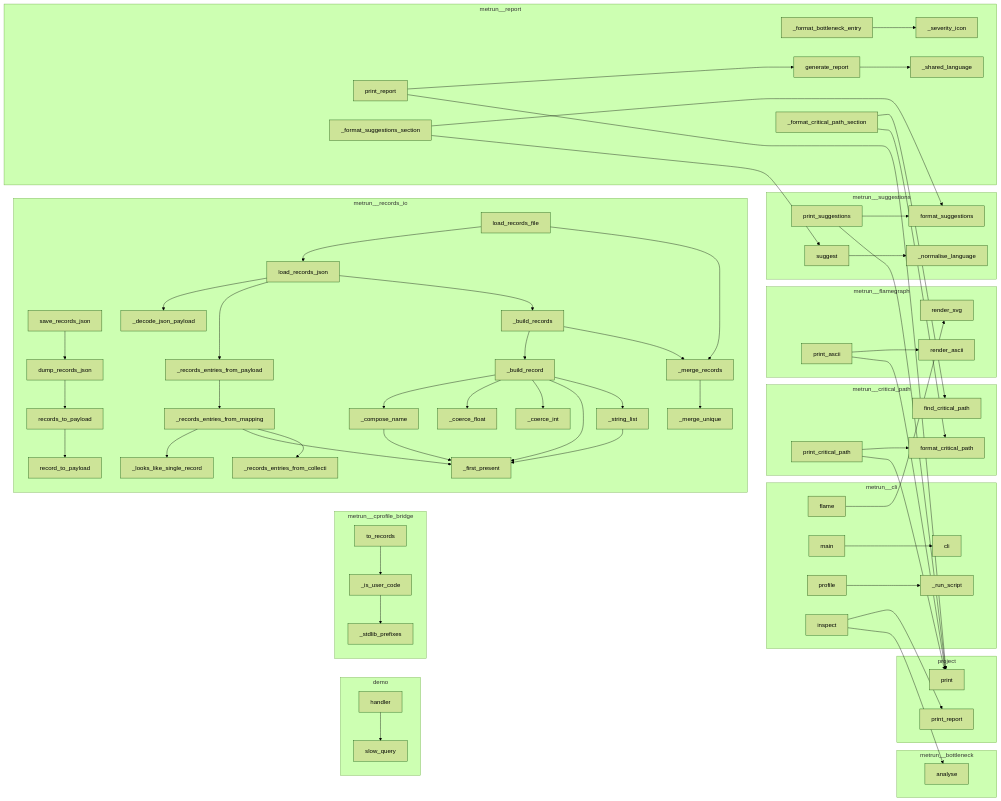
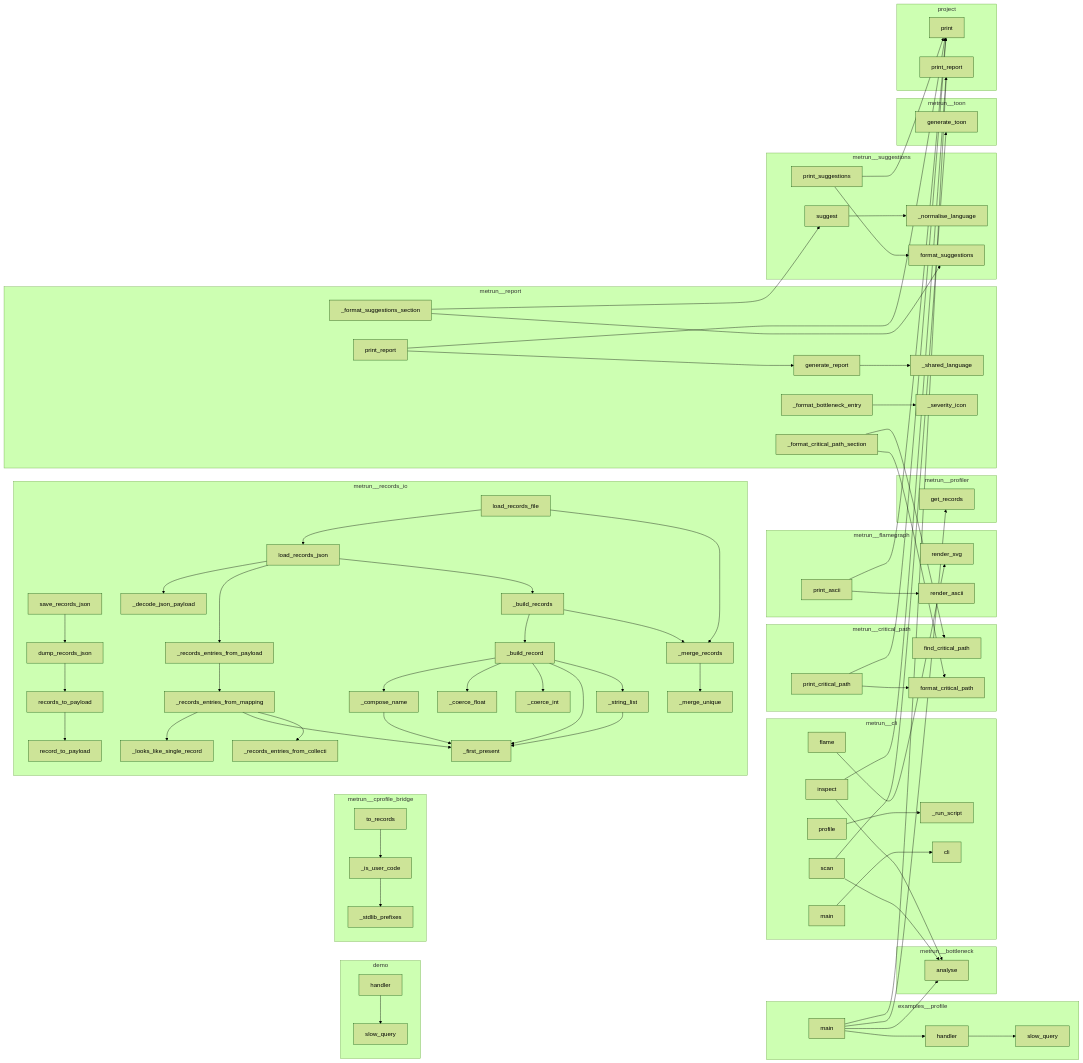
The diagram in project/calls.mmd (semcod/metrun), drawn with Mermaid (forest theme) before and after one commit. The commit also changed 48 other files, not shown here.

```diff
--- a/project/calls.mmd
+++ b/project/calls.mmd
@@ -1,117 +1,136 @@
 flowchart LR
     subgraph demo
+        demo__slow_query["slow_query"]
         demo__handler["handler"]
-        demo__slow_query["slow_query"]
+    end
+    subgraph examples__profile
+        examples__profile__basic_app__main["main"]
+        examples__profile__basic_app__slow_query["slow_query"]
+        examples__profile__basic_app__handler["handler"]
     end
     subgraph metrun__bottleneck
         metrun__bottleneck__BottleneckEngine__analyse["analyse"]
     end
     subgraph metrun__cli
+        metrun__cli__scan["scan"]
+        metrun__cli___run_script["_run_script"]
+        metrun__cli__cli["cli"]
+        metrun__cli__main["main"]
+        metrun__cli__profile["profile"]
         metrun__cli__flame["flame"]
-        metrun__cli__profile["profile"]
         metrun__cli__inspect["inspect"]
-        metrun__cli__cli["cli"]
-        metrun__cli___run_script["_run_script"]
-        metrun__cli__main["main"]
     end
     subgraph metrun__cprofile_bridge
+        metrun__cprofile_bridge__CProfileBridge__to_records["to_records"]
         metrun__cprofile_bridge___is_user_code["_is_user_code"]
         metrun__cprofile_bridge___stdlib_prefixes["_stdlib_prefixes"]
-        metrun__cprofile_bridge__CProfileBridge__to_records["to_records"]
     end
     subgraph metrun__critical_path
+        metrun__critical_path__print_critical_path["print_critical_path"]
         metrun__critical_path__find_critical_path["find_critical_path"]
-        metrun__critical_path__print_critical_path["print_critical_path"]
         metrun__critical_path__format_critical_path["format_critical_path"]
     end
     subgraph metrun__flamegraph
+        metrun__flamegraph__print_ascii["print_ascii"]
         metrun__flamegraph__render_svg["render_svg"]
-        metrun__flamegraph__print_ascii["print_ascii"]
         metrun__flamegraph__render_ascii["render_ascii"]
     end
+    subgraph metrun__profiler
+        metrun__profiler__get_records["get_records"]
+    end
     subgraph metrun__records_io
+        metrun__records_io__save_records_json["save_records_json"]
+        metrun__records_io___coerce_float["_coerce_float"]
+        metrun__records_io__record_to_payload["record_to_payload"]
+        metrun__records_io___merge_unique["_merge_unique"]
+        metrun__records_io___first_present["_first_present"]
+        metrun__records_io___records_entries_from_collection["_records_entries_from_collecti"]
+        metrun__records_io___build_records["_build_records"]
         metrun__records_io__load_records_json["load_records_json"]
-        metrun__records_io__save_records_json["save_records_json"]
-        metrun__records_io___first_present["_first_present"]
         metrun__records_io___records_entries_from_payload["_records_entries_from_payload"]
+        metrun__records_io___decode_json_payload["_decode_json_payload"]
+        metrun__records_io___records_entries_from_mapping["_records_entries_from_mapping"]
         metrun__records_io___build_record["_build_record"]
+        metrun__records_io___compose_name["_compose_name"]
+        metrun__records_io___string_list["_string_list"]
         metrun__records_io__load_records_file["load_records_file"]
-        metrun__records_io___records_entries_from_mapping["_records_entries_from_mapping"]
-        metrun__records_io___build_records["_build_records"]
+        metrun__records_io___looks_like_single_record["_looks_like_single_record"]
         metrun__records_io__records_to_payload["records_to_payload"]
-        metrun__records_io___looks_like_single_record["_looks_like_single_record"]
-        metrun__records_io___merge_unique["_merge_unique"]
-        metrun__records_io___compose_name["_compose_name"]
         metrun__records_io___coerce_int["_coerce_int"]
         metrun__records_io___merge_records["_merge_records"]
-        metrun__records_io___string_list["_string_list"]
-        metrun__records_io__record_to_payload["record_to_payload"]
         metrun__records_io__dump_records_json["dump_records_json"]
-        metrun__records_io___records_entries_from_collection["_records_entries_from_collecti"]
-        metrun__records_io___decode_json_payload["_decode_json_payload"]
-        metrun__records_io___coerce_float["_coerce_float"]
     end
     subgraph metrun__report
+        metrun__report___format_bottleneck_entry["_format_bottleneck_entry"]
         metrun__report___format_critical_path_section["_format_critical_path_section"]
-        metrun__report___severity_icon["_severity_icon"]
-        metrun__report___shared_language["_shared_language"]
-        metrun__report__generate_report["generate_report"]
-        metrun__report___format_bottleneck_entry["_format_bottleneck_entry"]
         metrun__report__print_report["print_report"]
         metrun__report___format_suggestions_section["_format_suggestions_section"]
+        metrun__report___shared_language["_shared_language"]
+        metrun__report___severity_icon["_severity_icon"]
+        metrun__report__generate_report["generate_report"]
     end
     subgraph metrun__suggestions
+        metrun__suggestions___normalise_language["_normalise_language"]
+        metrun__suggestions__format_suggestions["format_suggestions"]
         metrun__suggestions__print_suggestions["print_suggestions"]
-        metrun__suggestions__format_suggestions["format_suggestions"]
-        metrun__suggestions___normalise_language["_normalise_language"]
         metrun__suggestions__suggest["suggest"]
+    end
+    subgraph metrun__toon
+        metrun__toon__generate_toon["generate_toon"]
     end
     subgraph project
         project__print["print"]
         project__print_report["print_report"]
     end
     demo__handler --> demo__slow_query
+    metrun__cli__profile --> metrun__cli___run_script
+    metrun__cli__inspect --> metrun__bottleneck__BottleneckEngine__analyse
+    metrun__cli__inspect --> project__print_report
+    metrun__cli__scan --> metrun__bottleneck__BottleneckEngine__analyse
+    metrun__cli__scan --> metrun__toon__generate_toon
+    metrun__cli__flame --> metrun__flamegraph__render_svg
+    metrun__cli__main --> metrun__cli__cli
     metrun__records_io___string_list --> metrun__records_io___first_present
     metrun__records_io___compose_name --> metrun__records_io___first_present
     metrun__records_io___build_record --> metrun__records_io___compose_name
     metrun__records_io___build_record --> metrun__records_io___coerce_float
     metrun__records_io___build_record --> metrun__records_io___coerce_int
     metrun__records_io___build_record --> metrun__records_io___first_present
     metrun__records_io___build_record --> metrun__records_io___string_list
     metrun__records_io___merge_records --> metrun__records_io___merge_unique
     metrun__records_io__records_to_payload --> metrun__records_io__record_to_payload
     metrun__records_io__dump_records_json --> metrun__records_io__records_to_payload
     metrun__records_io__save_records_json --> metrun__records_io__dump_records_json
     metrun__records_io___records_entries_from_mapping --> metrun__records_io___looks_like_single_record
     metrun__records_io___records_entries_from_mapping --> metrun__records_io___first_present
     metrun__records_io___records_entries_from_mapping --> metrun__records_io___records_entries_from_collection
     metrun__records_io___records_entries_from_payload --> metrun__records_io___records_entries_from_mapping
     metrun__records_io___build_records --> metrun__records_io___build_record
     metrun__records_io___build_records --> metrun__records_io___merge_records
     metrun__records_io__load_records_json --> metrun__records_io___decode_json_payload
     metrun__records_io__load_records_json --> metrun__records_io___records_entries_from_payload
     metrun__records_io__load_records_json --> metrun__records_io___build_records
     metrun__records_io__load_records_file --> metrun__records_io__load_records_json
     metrun__records_io__load_records_file --> metrun__records_io___merge_records
-    metrun__cli__profile --> metrun__cli___run_script
-    metrun__cli__inspect --> metrun__bottleneck__BottleneckEngine__analyse
-    metrun__cli__inspect --> project__print_report
-    metrun__cli__flame --> metrun__flamegraph__render_svg
-    metrun__cli__main --> metrun__cli__cli
     metrun__suggestions__suggest --> metrun__suggestions___normalise_language
     metrun__suggestions__print_suggestions --> project__print
     metrun__suggestions__print_suggestions --> metrun__suggestions__format_suggestions
+    examples__profile__basic_app__handler --> examples__profile__basic_app__slow_query
+    examples__profile__basic_app__main --> examples__profile__basic_app__handler
+    examples__profile__basic_app__main --> project__print_report
+    examples__profile__basic_app__main --> metrun__bottleneck__BottleneckEngine__analyse
+    examples__profile__basic_app__main --> metrun__profiler__get_records
     metrun__report___format_bottleneck_entry --> metrun__report___severity_icon
     metrun__report___format_critical_path_section --> metrun__critical_path__find_critical_path
     metrun__report___format_critical_path_section --> metrun__critical_path__format_critical_path
     metrun__report___format_suggestions_section --> metrun__suggestions__suggest
     metrun__report___format_suggestions_section --> metrun__suggestions__format_suggestions
     metrun__report__generate_report --> metrun__report___shared_language
     metrun__report__print_report --> project__print
     metrun__report__print_report --> metrun__report__generate_report
+    metrun__critical_path__print_critical_path --> project__print
+    metrun__critical_path__print_critical_path --> metrun__critical_path__format_critical_path
     metrun__flamegraph__print_ascii --> project__print
     metrun__flamegraph__print_ascii --> metrun__flamegraph__render_ascii
-    metrun__critical_path__print_critical_path --> project__print
-    metrun__critical_path__print_critical_path --> metrun__critical_path__format_critical_path
     metrun__cprofile_bridge___is_user_code --> metrun__cprofile_bridge___stdlib_prefixes
     metrun__cprofile_bridge__CProfileBridge__to_records --> metrun__cprofile_bridge___is_user_code
```
